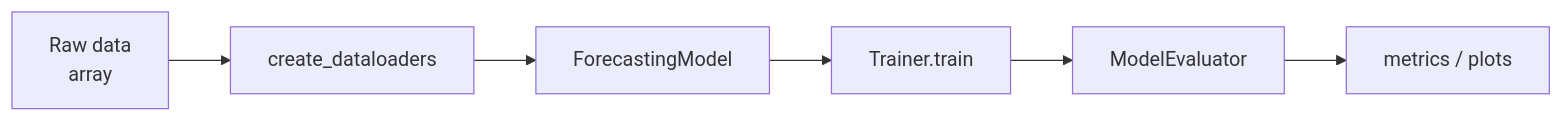
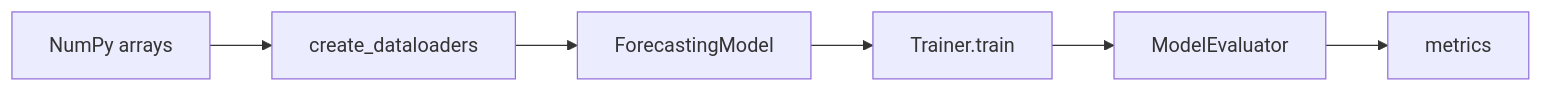
The diagram in docs/getting-started.md (lseman/foreblocks), drawn with Mermaid before and after one commit. The commit also changed other lines of this file and 5 other files, not shown here.

````diff
--- a/docs/getting-started.md
+++ b/docs/getting-started.md
@@ -36,8 +51,8 @@
 ```mermaid
 flowchart LR
-    A[Raw data\narray] --> B[create_dataloaders]
+    A[NumPy arrays] --> B[create_dataloaders]
     B --> C[ForecastingModel]
     C --> D[Trainer.train]
     D --> E[ModelEvaluator]
-    E --> F[metrics / plots]
+    E --> F[metrics]
 ```
````
